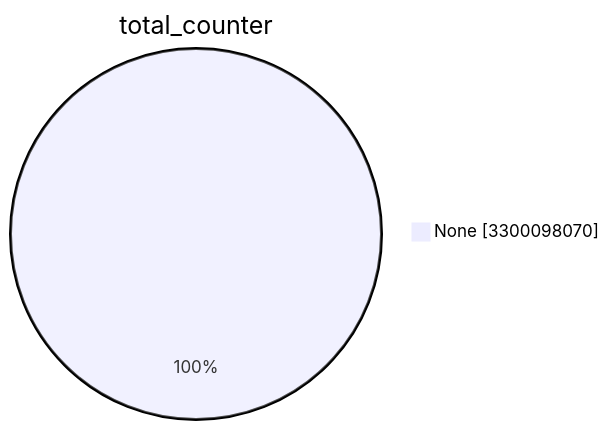
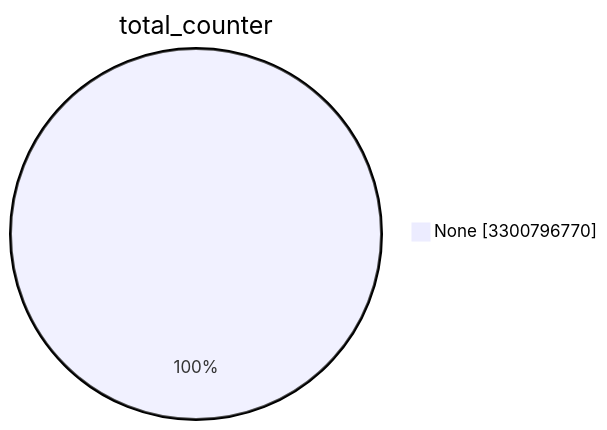
Before and after one commit to christiankrug/ctmonitor_visualization: the first of 15 diagrams in TOTAL/README.md, drawn with Mermaid. The commit also changed other lines of this file, not shown here.

````diff
--- a/TOTAL/README.md
+++ b/TOTAL/README.md
@@ -1,5 +1,5 @@
 ```mermaid
 pie showData
 title total_counter
-"None" :3300098070
+"None" :3300796770
 ```
````
